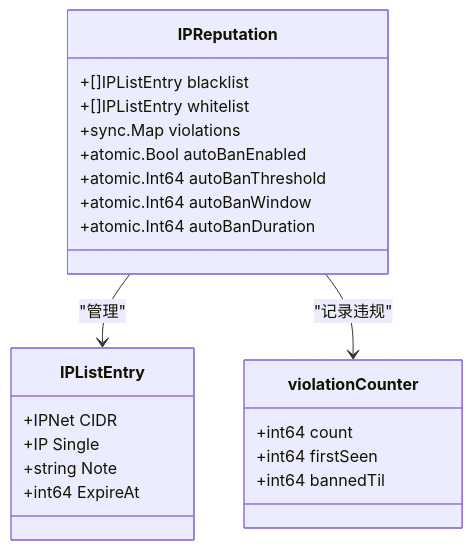
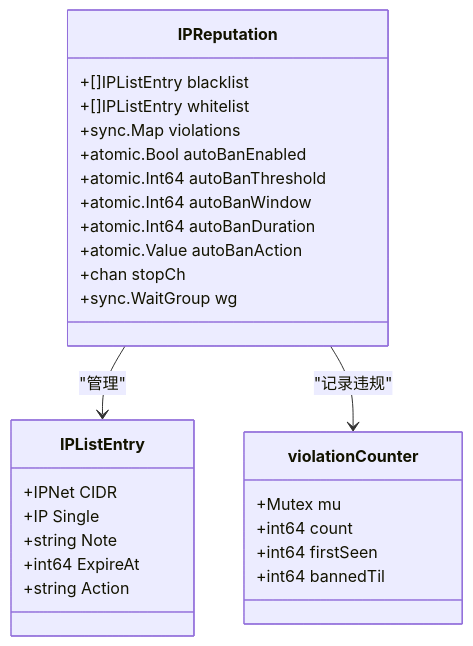
One commit to x01n/My-OpenWaf changed the second of 10 diagrams in docs/安全防护功能/IP 信誉系统.md. Above: the diagram before and after it, drawn with Mermaid. The commit also changed other lines of this file and 199 other files, not shown here.

````diff
--- a/docs/安全防护功能/IP 信誉系统.md
+++ b/docs/安全防护功能/IP 信誉系统.md
@@ -91,25 +92,30 @@
 ```mermaid
 classDiagram
 class IPListEntry {
 +IPNet CIDR
 +IP Single
 +string Note
 +int64 ExpireAt
++string Action
 }
 class IPReputation {
 +[]IPListEntry blacklist
 +[]IPListEntry whitelist
 +sync.Map violations
 +atomic.Bool autoBanEnabled
 +atomic.Int64 autoBanThreshold
 +atomic.Int64 autoBanWindow
 +atomic.Int64 autoBanDuration
++atomic.Value autoBanAction
++chan stopCh
++sync.WaitGroup wg
 }
 class violationCounter {
++Mutex mu
 +int64 count
 +int64 firstSeen
 +int64 bannedTil
 }
 IPReputation --> IPListEntry : "管理"
 IPReputation --> violationCounter : "记录违规"
 ```
````
